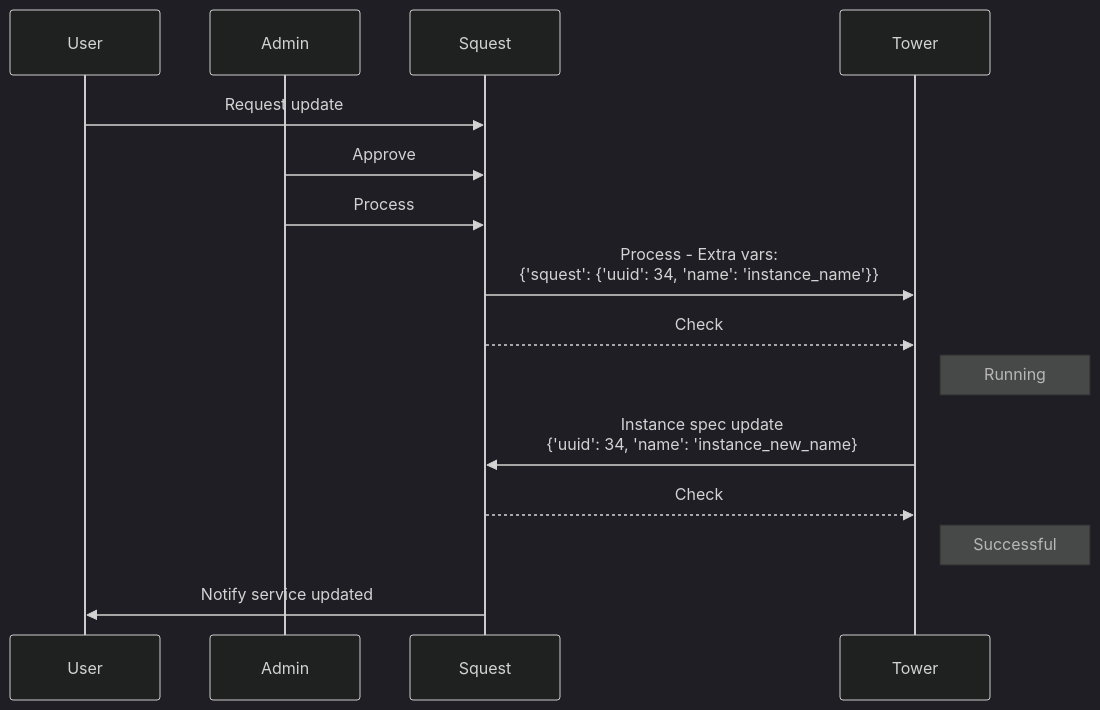
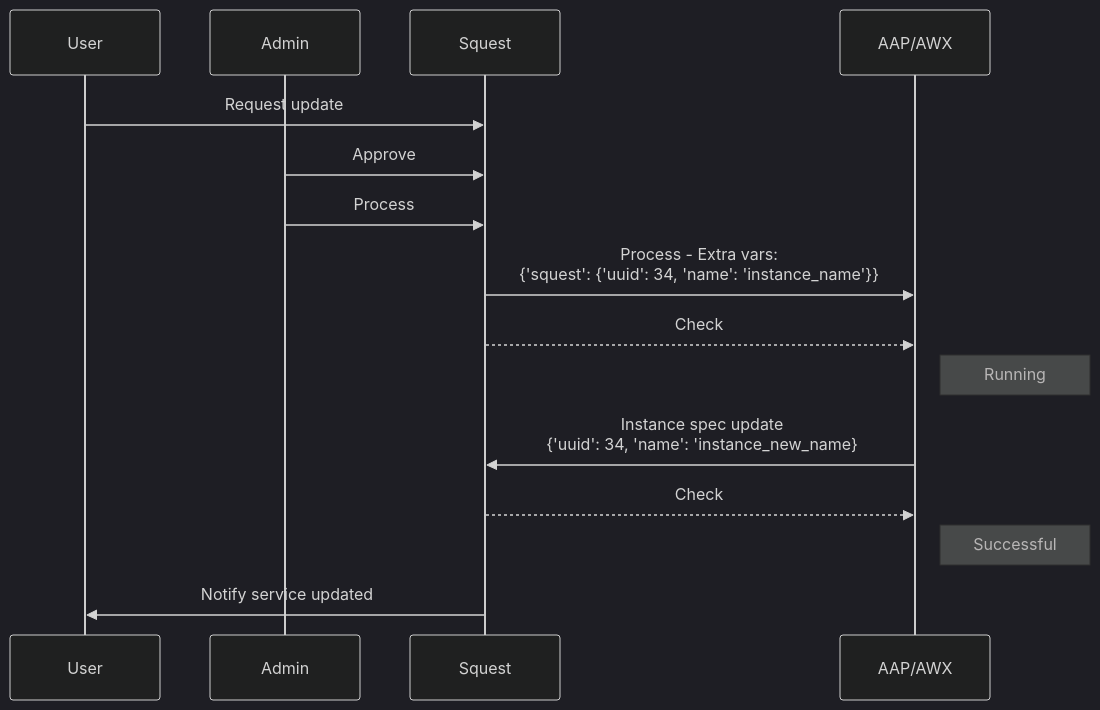
Before and after one commit to HewlettPackard/squest: the second of 2 diagrams in docs/manual/service_catalog/concept.md, drawn with Mermaid (dark theme). The commit also changed other lines of this file and 17 other files, not shown here.

Commit message:
Replace Tower by AAP in documentation

````diff
--- a/docs/manual/service_catalog/concept.md
+++ b/docs/manual/service_catalog/concept.md
@@ -125,17 +125,17 @@
 ```mermaid
 sequenceDiagram
     participant User
     participant Admin
     participant Squest
-    participant Tower
+    participant AAP/AWX
     User->>Squest: Request update
     Admin->>Squest: Approve
     Admin->>Squest: Process
-    Squest->>Tower: Process - Extra vars:<br> {'squest': {'uuid': 34, 'name': 'instance_name'}}
-    Squest-->>Tower: Check
-    Note right of Tower: Running
-    Tower->>Squest: Instance spec update <br> {'uuid': 34, 'name': 'instance_new_name}
-    Squest-->>Tower: Check
-    Note right of Tower: Successful    
+    Squest->>AAP/AWX: Process - Extra vars:<br> {'squest': {'uuid': 34, 'name': 'instance_name'}}
+    Squest-->>AAP/AWX: Check
+    Note right of AAP/AWX: Running
+    AAP/AWX->>Squest: Instance spec update <br> {'uuid': 34, 'name': 'instance_new_name}
+    Squest-->>AAP/AWX: Check
+    Note right of AAP/AWX: Successful    
     Squest->>User: Notify service updated
 ```
````
